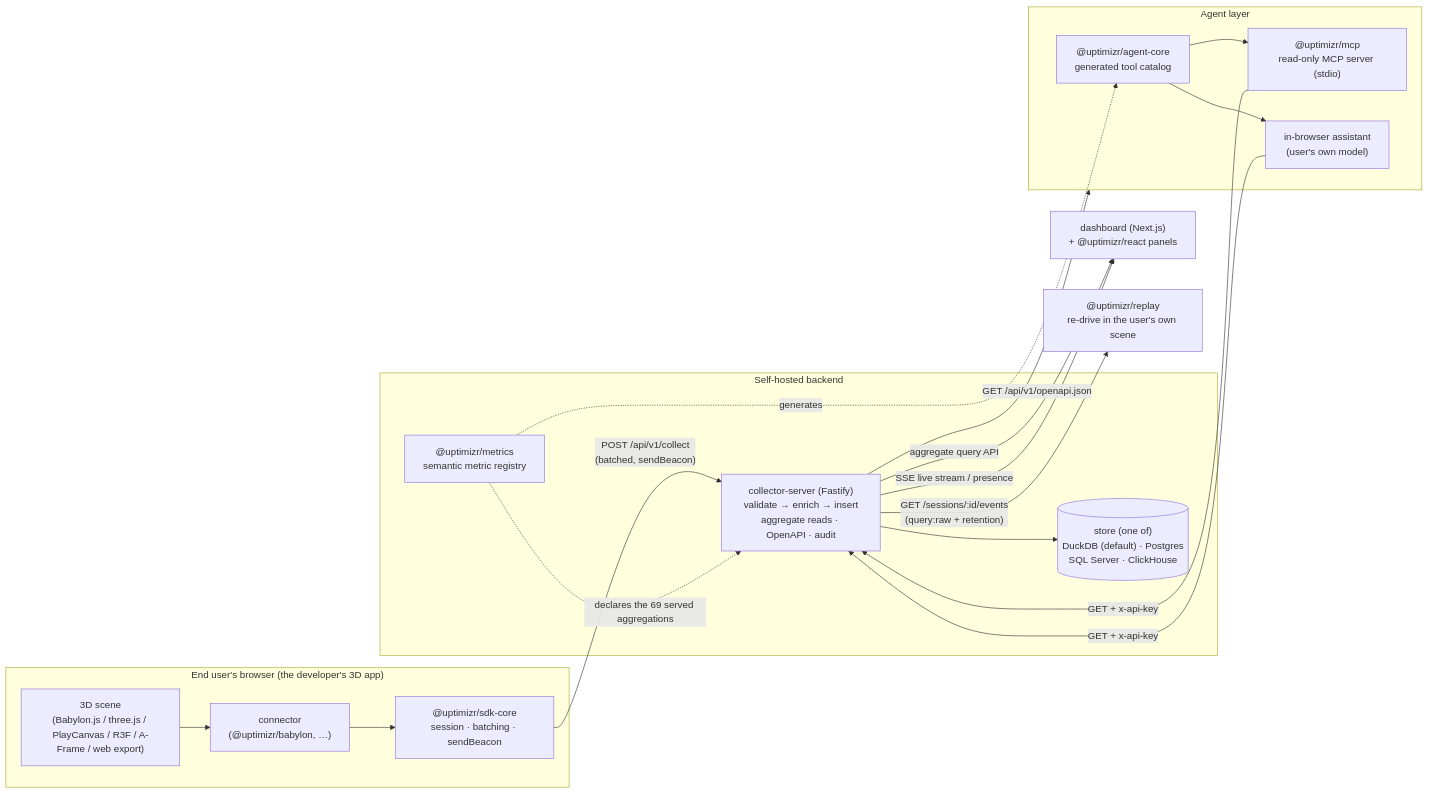
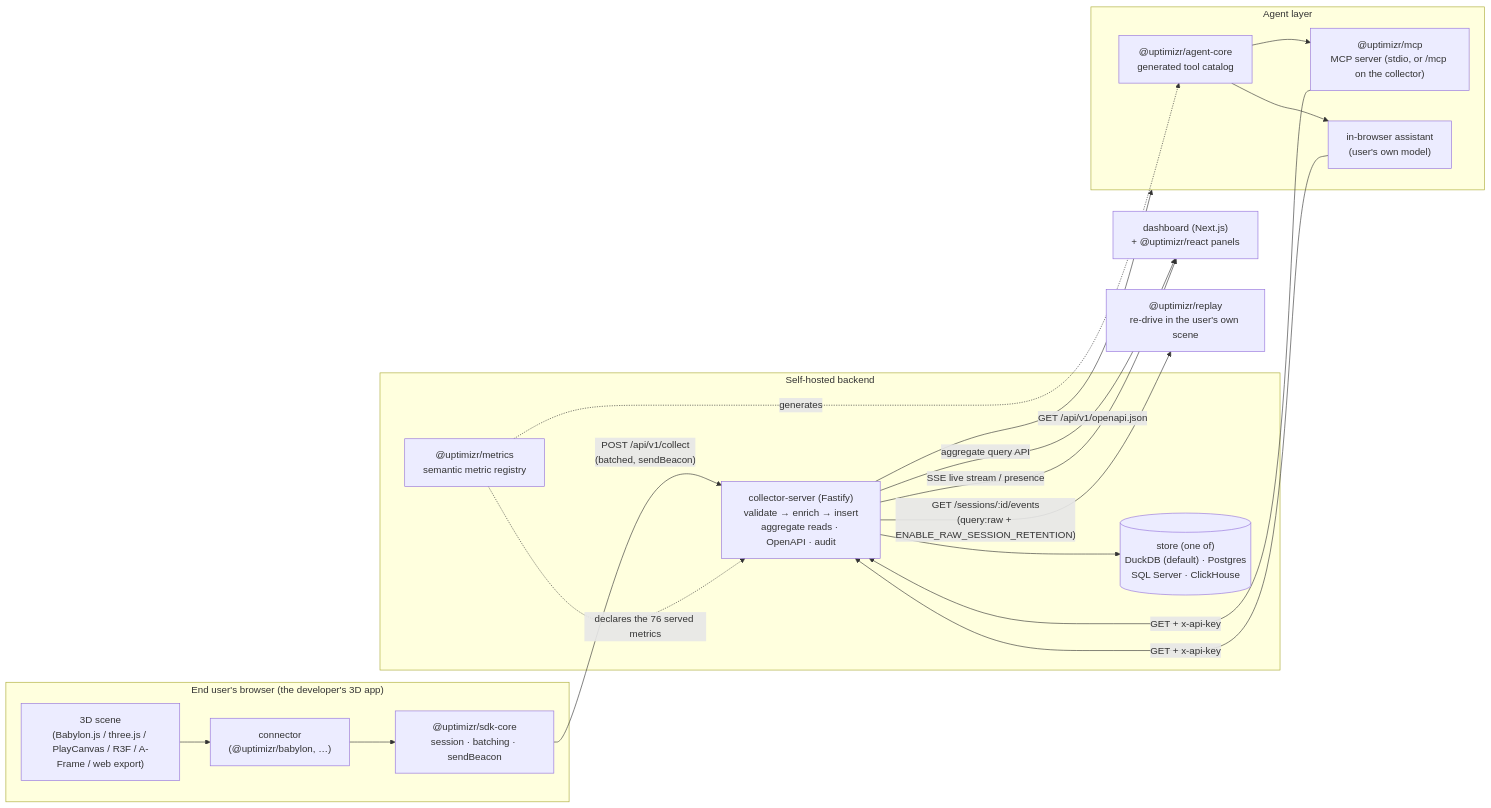
Before and after one commit to RaananW/Uptimizr: the first of 2 diagrams in docs/architecture/overview.md, drawn with Mermaid. The commit also changed other lines of this file and 83 other files, not shown here.

````diff
--- a/docs/architecture/overview.md
+++ b/docs/architecture/overview.md
@@ -19,36 +20,36 @@
 ```mermaid
 flowchart LR
   subgraph Browser["End user's browser (the developer's 3D app)"]
     Scene["3D scene<br/>(Babylon.js / three.js / PlayCanvas / R3F / A-Frame / web export)"]
     Conn["connector<br/>(@uptimizr/babylon, …)"]
     Core["@uptimizr/sdk-core<br/>session · batching · sendBeacon"]
     Scene --> Conn --> Core
   end
 
   Core -- "POST /api/v1/collect<br/>(batched, sendBeacon)" --> Collector
 
   subgraph Server["Self-hosted backend"]
     Collector["collector-server (Fastify)<br/>validate → enrich → insert<br/>aggregate reads · OpenAPI · audit"]
     Store[("store (one of)<br/>DuckDB (default) · Postgres<br/>SQL Server · ClickHouse")]
     Reg["@uptimizr/metrics<br/>semantic metric registry"]
     Collector --> Store
-    Reg -. "declares the 69 served aggregations" .-> Collector
+    Reg -. "declares the 76 served metrics" .-> Collector
   end
 
   Collector -- "aggregate query API" --> Dashboard["dashboard (Next.js)<br/>+ @uptimizr/react panels"]
   Collector -- "SSE live stream / presence" --> Dashboard
-  Collector -- "GET /sessions/:id/events<br/>(query:raw + retention)" --> Replay["@uptimizr/replay<br/>re-drive in the user's own scene"]
+  Collector -- "GET /sessions/:id/events<br/>(query:raw + ENABLE_RAW_SESSION_RETENTION)" --> Replay["@uptimizr/replay<br/>re-drive in the user's own scene"]
 
   subgraph Agents["Agent layer"]
     AgentCore["@uptimizr/agent-core<br/>generated tool catalog"]
-    Mcp["@uptimizr/mcp<br/>read-only MCP server (stdio)"]
+    Mcp["@uptimizr/mcp<br/>MCP server (stdio, or /mcp on the collector)"]
     Assistant["in-browser assistant<br/>(user's own model)"]
     AgentCore --> Mcp
     AgentCore --> Assistant
   end
 
   Reg -. generates .-> AgentCore
   Collector -- "GET /api/v1/openapi.json" --> Agents
   Mcp -- "GET + x-api-key" --> Collector
   Assistant -- "GET + x-api-key" --> Collector
 ```
````
